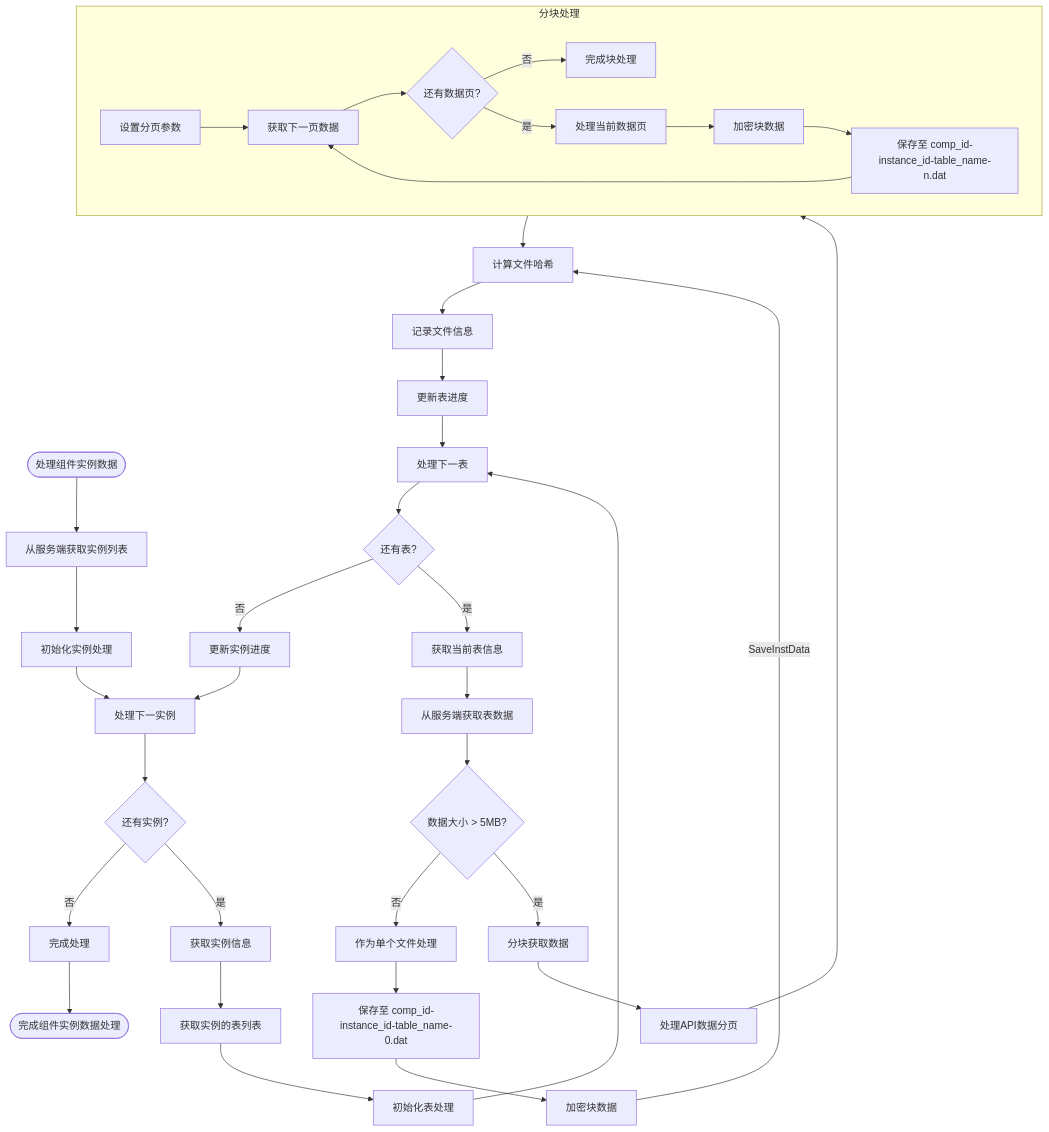
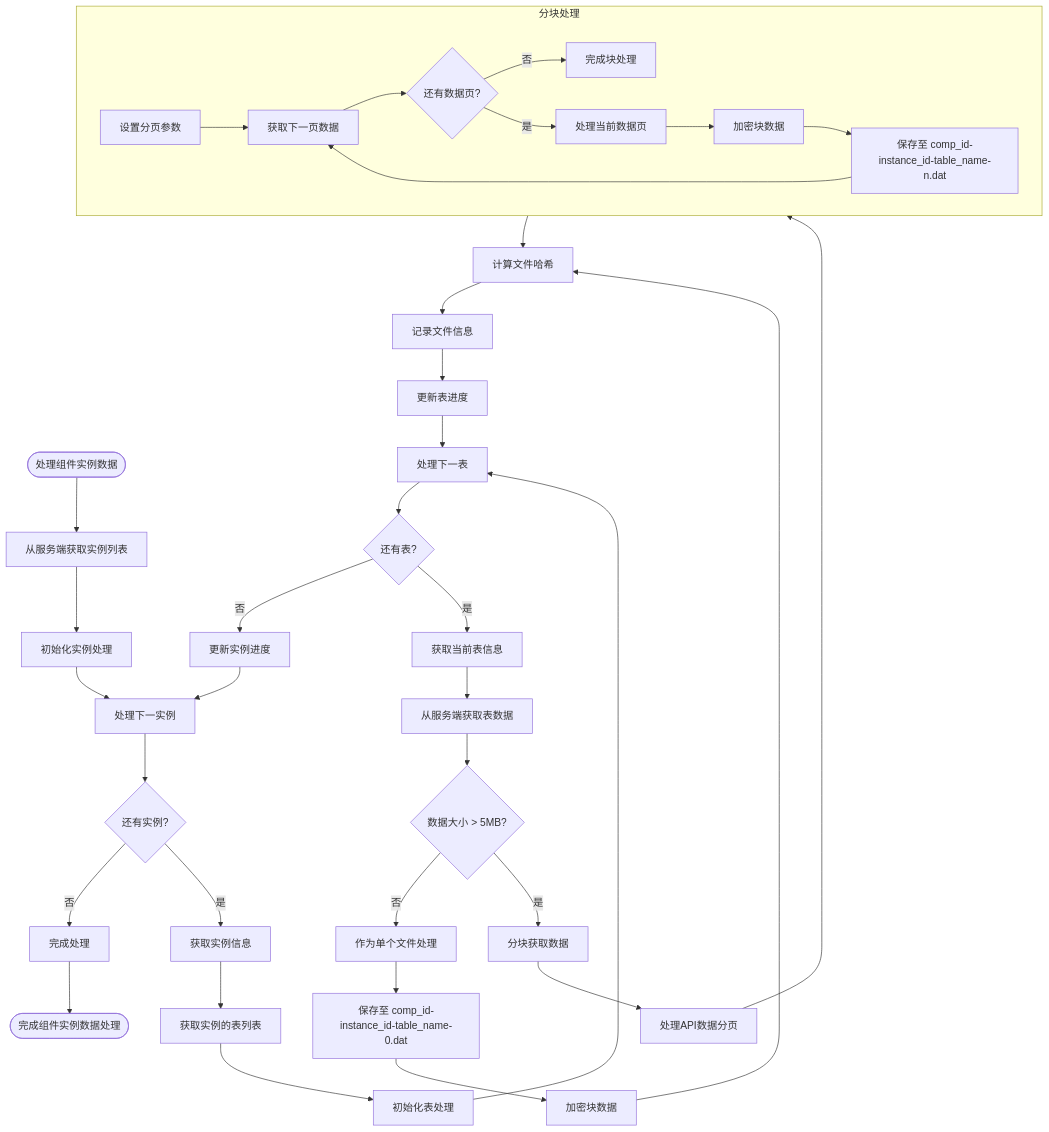
One commit to yingjianzh/iodraw-files changed the diagram in all/未命名-52.md. Above: the diagram before and after it, drawn with Mermaid.

Commit message:
2025-05-09 15:22:53 update

````diff
--- a/all/未命名-52.md
+++ b/all/未命名-52.md
@@ -1,52 +1,51 @@
 ```mermaid
 flowchart TD
     Start([处理组件实例数据]) --> FetchInstanceList[从服务端获取实例列表]
     FetchInstanceList --> InitInstanceProcess[初始化实例处理]
     
     InitInstanceProcess --> ProcessNextInst[处理下一实例]
     ProcessNextInst --> MoreInsts{还有实例?}
     MoreInsts -->|否| CompleteProcess[完成处理]
     MoreInsts -->|是| GetInstanceInfo[获取实例信息]
     
     GetInstanceInfo --> FetchTableList[获取实例的表列表]
     FetchTableList --> InitTableProcess[初始化表处理]
     
     InitTableProcess --> ProcessNextTable[处理下一表]
     ProcessNextTable --> MoreTables{还有表?}
     MoreTables -->|否| UpdateInstProgress[更新实例进度]
     MoreTables -->|是| GetTableInfo[获取当前表信息]
     
     UpdateInstProgress --> ProcessNextInst
     
     GetTableInfo --> FetchTableData[从服务端获取表数据]
     FetchTableData --> DataSize{数据大小 > 5MB?}
     
     DataSize -->|否| SingleFile[作为单个文件处理]
     DataSize -->|是| ChunkedFetch[分块获取数据]
     
     SingleFile --> SaveInstData[保存至 comp_id-instance_id-table_name-0.dat]
     ChunkedFetch --> ProcessAPIChunks[处理API数据分页]
     
     subgraph ChunkProcess [分块处理]
         C1[设置分页参数] --> C2[获取下一页数据]
         C2 --> C3{还有数据页?}
         C3 -->|否| C7[完成块处理]
         C3 -->|是| C4[处理当前数据页]
         C4 --> C5[加密块数据]
         C5 --> C6[保存至 comp_id-instance_id-table_name-n.dat]
         C6 --> C2
     end
     
     ProcessAPIChunks --> ChunkProcess
     
     SaveInstData --> CalcPass[加密块数据]
-    CalcPass --
-    SaveInstData --> CalcFileHash[计算文件哈希]
+    CalcPass --> CalcFileHash[计算文件哈希]
     ChunkProcess --> CalcFileHash
     
     CalcFileHash --> RecordFileInfo[记录文件信息]
     RecordFileInfo --> UpdateTableProgress[更新表进度]
     UpdateTableProgress --> ProcessNextTable
     
     CompleteProcess --> End([完成组件实例数据处理])
 ```
````
